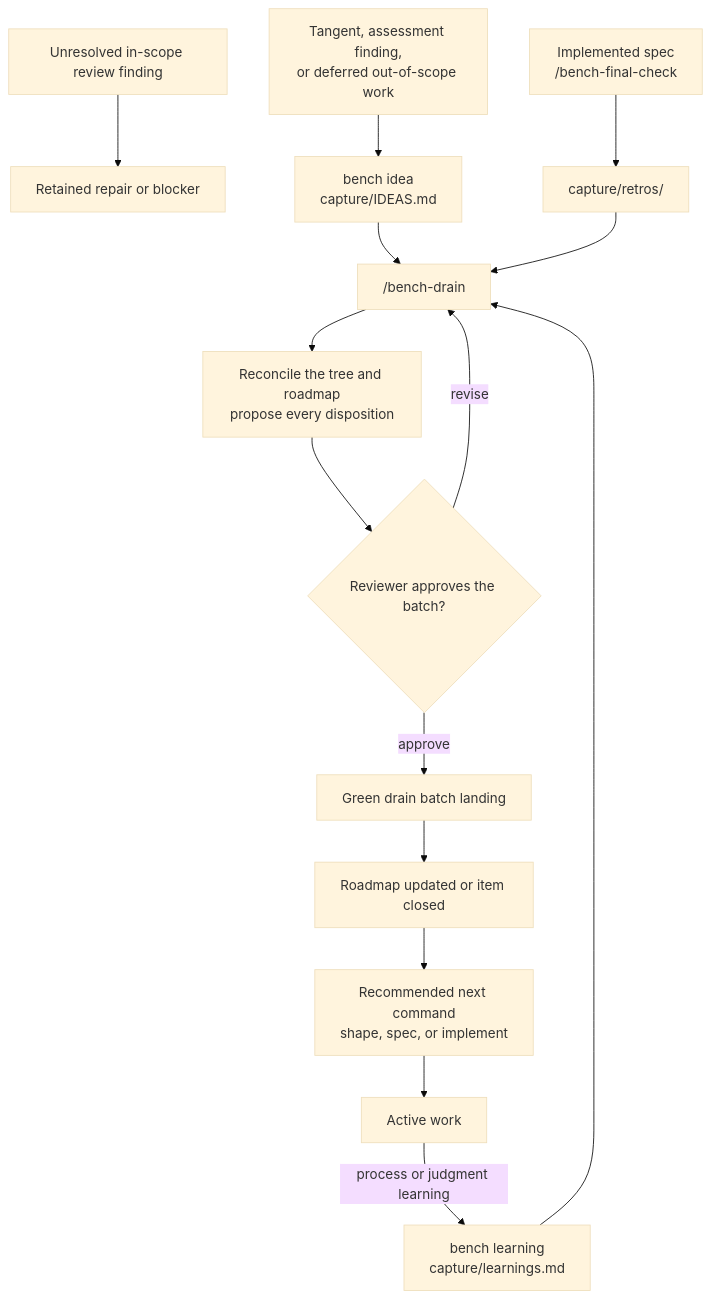
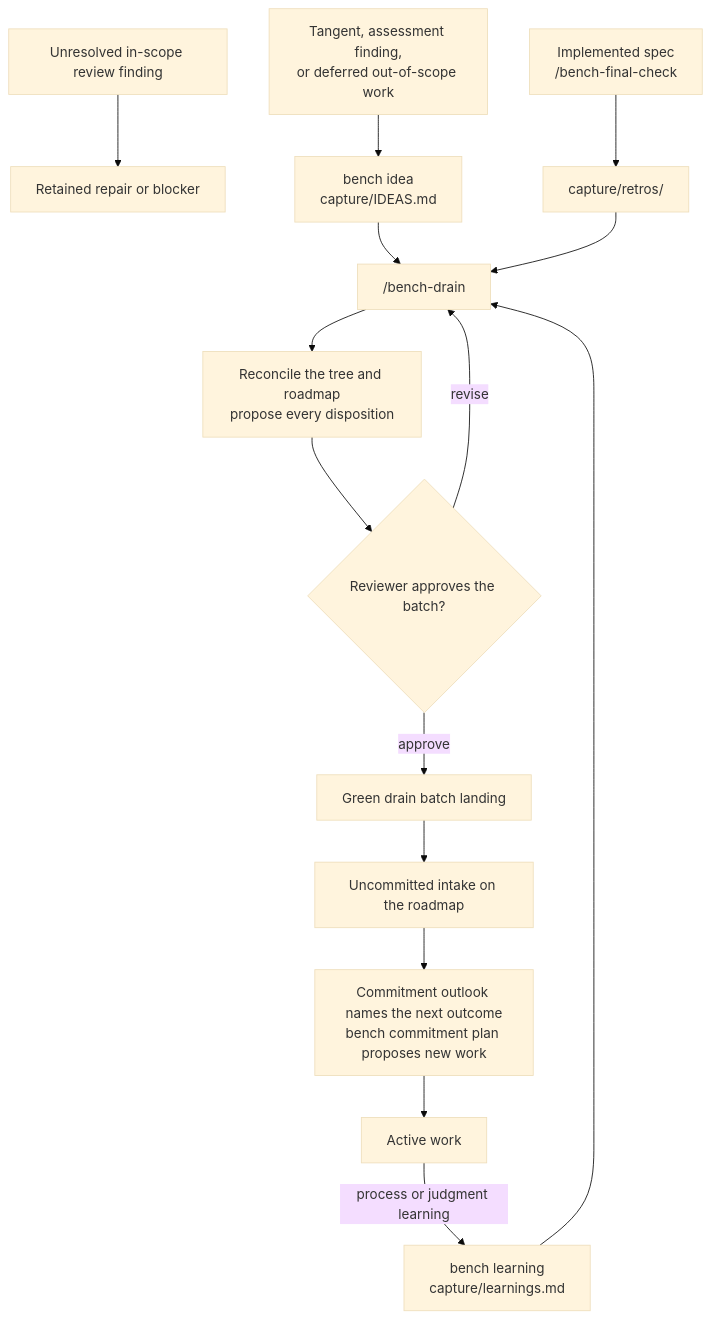
One commit to gibbonmi/bench changed the fourth of 4 diagrams in README.md. Above: the diagram before and after it, drawn with Mermaid (base theme). The commit also changed other lines of this file and 51 other files, not shown here.

First line of the commit message:
Project the commitment outlook and route guidance through admission

````diff
--- a/README.md
+++ b/README.md
@@ -105,17 +107,17 @@
 ```mermaid
 flowchart TD
     finding["Unresolved in-scope review finding"] --> blocker["Retained repair or blocker"]
     deferred["Tangent, assessment finding,<br/>or deferred out-of-scope work"] --> idea["bench idea<br/>capture/IDEAS.md"]
     active["Active work"] -->|"process or judgment learning"| learning["bench learning<br/>capture/learnings.md"]
     final["Implemented spec<br/>/bench-final-check"] --> retro["capture/retros/"]
     idea --> drain["/bench-drain"]
     learning --> drain
     retro --> drain
     drain --> reconcile["Reconcile the tree and roadmap<br/>propose every disposition"]
     reconcile --> approval{"Reviewer approves the batch?"}
     approval -->|"revise"| drain
     approval -->|"approve"| landing["Green drain batch landing"]
-    landing --> roadmap["Roadmap updated or item closed"]
-    roadmap --> next["Recommended next command<br/>shape, spec, or implement"]
+    landing --> roadmap["Uncommitted intake on the roadmap"]
+    roadmap --> next["Commitment outlook names the next outcome<br/>bench commitment plan proposes new work"]
     next --> active
 ```
````
